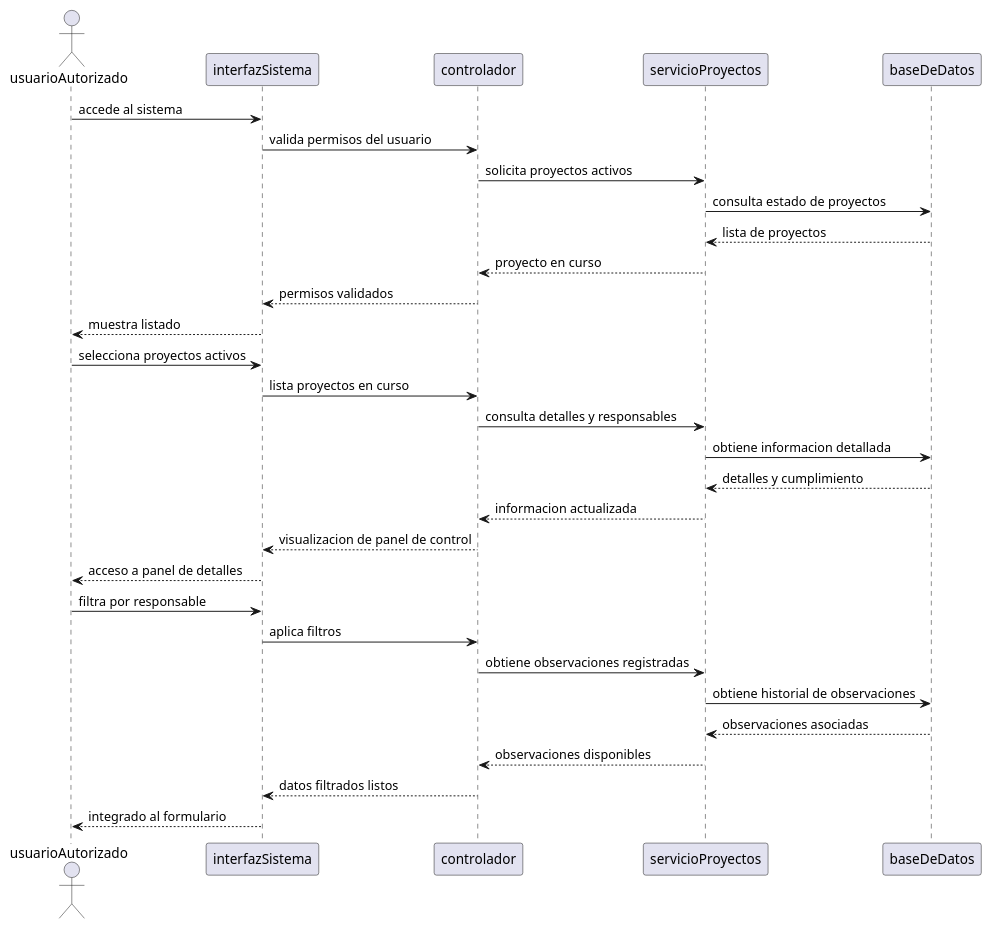
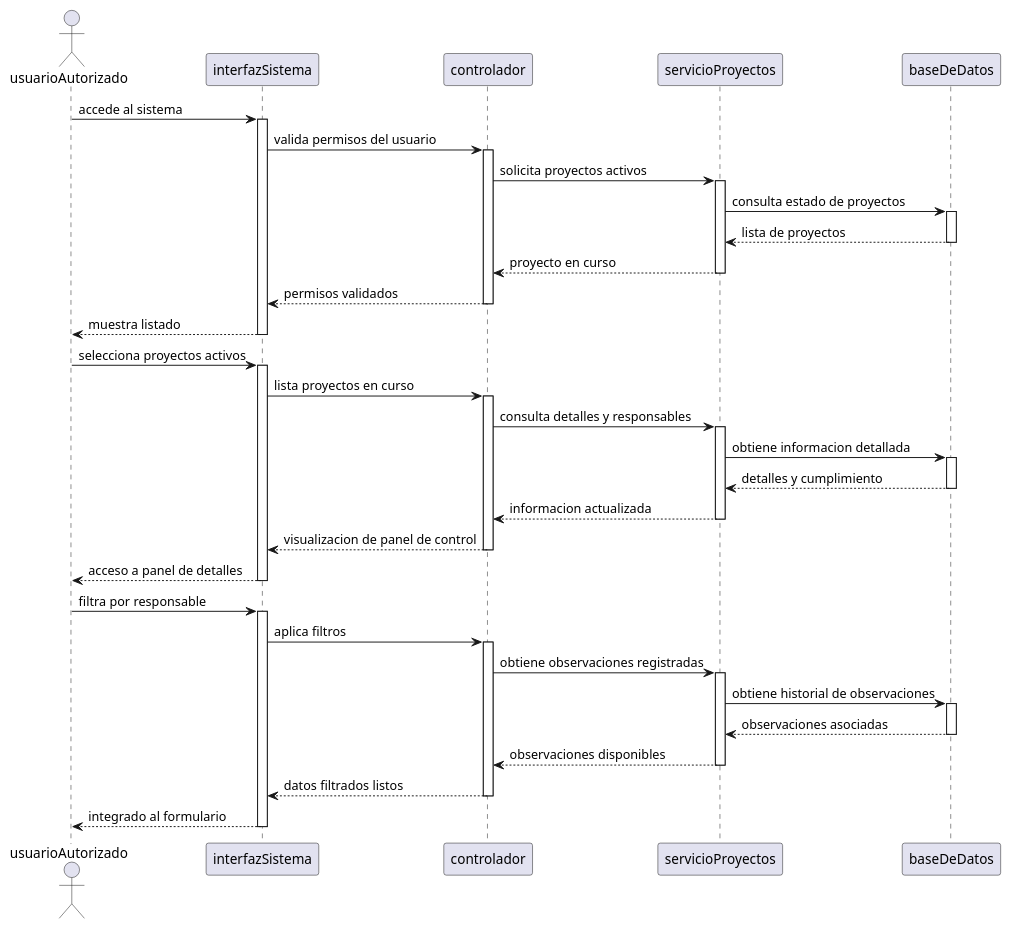
One commit to 9919-Mili/SistemaProductoraVideos changed the diagram in 05-diagrama-secuencia/05-secuencia-consulta-proyectos-activos-consulta-exitosa-de-proyectos-activos-05.puml. Above: the diagram before and after it, drawn with PlantUML. The commit also changed 4 other files, not shown here.

```diff
--- a/05-diagrama-secuencia/05-secuencia-consulta-proyectos-activos-consulta-exitosa-de-proyectos-activos-05.puml
+++ b/05-diagrama-secuencia/05-secuencia-consulta-proyectos-activos-consulta-exitosa-de-proyectos-activos-05.puml
@@ -1,41 +1,65 @@
 @startuml
 
 actor usuarioAutorizado
 participant interfazSistema
 participant controlador
 participant servicioProyectos
 participant baseDeDatos
 
 
 usuarioAutorizado -> interfazSistema: accede al sistema
+activate interfazSistema
 interfazSistema -> controlador: valida permisos del usuario
+activate controlador
 controlador -> servicioProyectos: solicita proyectos activos 
+activate servicioProyectos
 servicioProyectos -> baseDeDatos: consulta estado de proyectos
+activate baseDeDatos
 baseDeDatos --> servicioProyectos: lista de proyectos 
+deactivate baseDeDatos
 servicioProyectos --> controlador: proyecto en curso 
+deactivate servicioProyectos
 controlador --> interfazSistema: permisos validados 
+deactivate controlador
 interfazSistema --> usuarioAutorizado: muestra listado 
+deactivate interfazSistema
 
 usuarioAutorizado -> interfazSistema: selecciona proyectos activos
+activate interfazSistema
 interfazSistema -> controlador: lista proyectos en curso
+activate controlador
 controlador -> servicioProyectos: consulta detalles y responsables 
+activate servicioProyectos
 servicioProyectos -> baseDeDatos: obtiene informacion detallada 
+activate baseDeDatos
 baseDeDatos --> servicioProyectos: detalles y cumplimiento 
+deactivate baseDeDatos
 servicioProyectos --> controlador: informacion actualizada 
+deactivate servicioProyectos
 controlador --> interfazSistema: visualizacion de panel de control 
+deactivate controlador
 interfazSistema --> usuarioAutorizado: acceso a panel de detalles 
+deactivate interfazSistema
 
 usuarioAutorizado -> interfazSistema: filtra por responsable 
+activate interfazSistema
 interfazSistema -> controlador: aplica filtros 
+activate controlador
 controlador -> servicioProyectos: obtiene observaciones registradas
-servicioProyectos -> baseDeDatos: obtiene historial de observaciones 
+activate servicioProyectos
+servicioProyectos -> baseDeDatos: obtiene historial de observaciones
+activate baseDeDatos 
 baseDeDatos --> servicioProyectos: observaciones asociadas 
+deactivate baseDeDatos
 servicioProyectos --> controlador: observaciones disponibles 
+deactivate servicioProyectos
 controlador --> interfazSistema: datos filtrados listos 
+deactivate controlador
 interfazSistema --> usuarioAutorizado: integrado al formulario 
+deactivate interfazSistema
 
 
 
 
 
 @enduml
```
